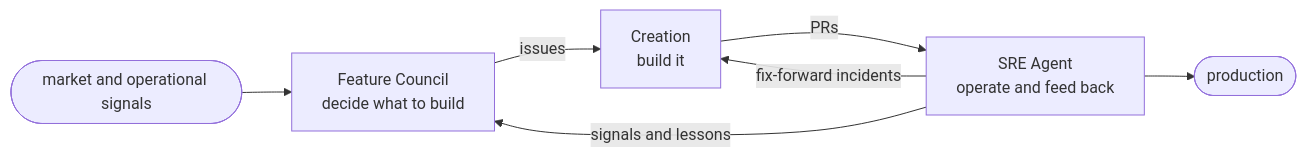
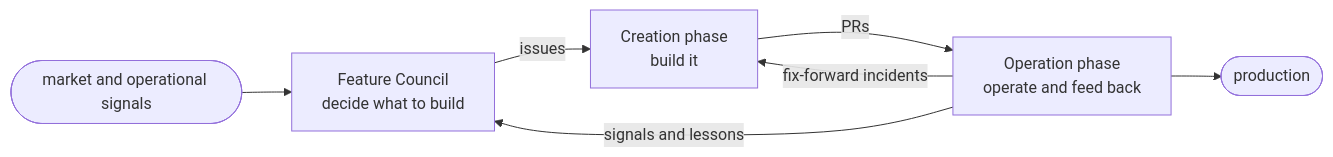
The diagram in docs/site/concept/the-loop.md (JoranBergfeld/dark-software-factory), drawn with Mermaid before and after one commit. The commit also changed other lines of this file and 29 other files, not shown here.

First line of the commit message:
Wire Creation/Operation maturity levels, SRE Agent RBAC, and Phases/Implementations/Handoffs docs (#165)

````diff
--- a/docs/site/concept/the-loop.md
+++ b/docs/site/concept/the-loop.md
@@ -6,9 +6,9 @@
 ```mermaid
 flowchart LR
     signals(["market and operational signals"]) --> FC["Feature Council<br/>decide what to build"]
-    FC -->|issues| CS["Creation<br/>build it"]
-    CS -->|PRs| SRE["SRE Agent<br/>operate and feed back"]
-    SRE --> prod(["production"])
-    SRE -->|fix-forward incidents| CS
-    SRE -->|signals and lessons| FC
+    FC -->|issues| CS["Creation phase<br/>build it"]
+    CS -->|PRs| OP["Operation phase<br/>operate and feed back"]
+    OP --> prod(["production"])
+    OP -->|fix-forward incidents| CS
+    OP -->|signals and lessons| FC
 ```
````
